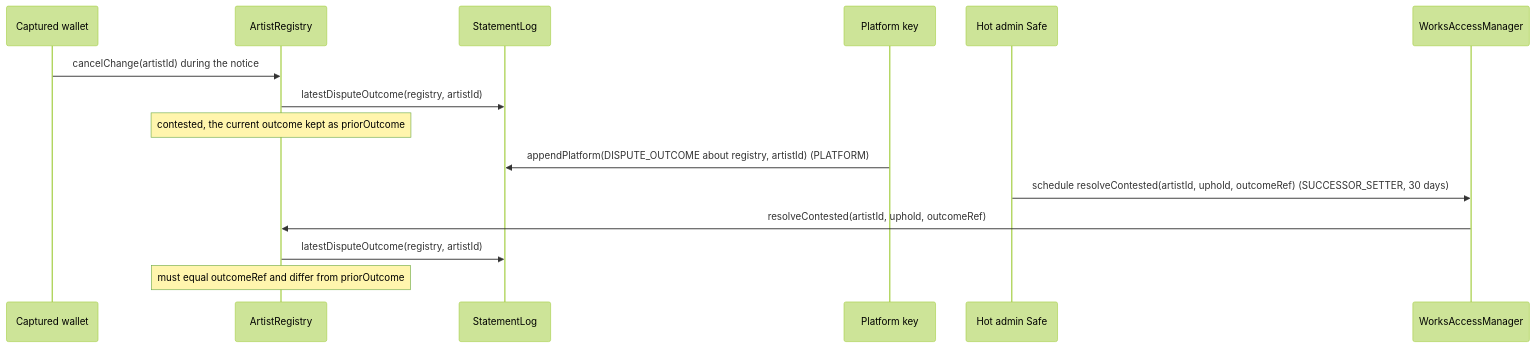
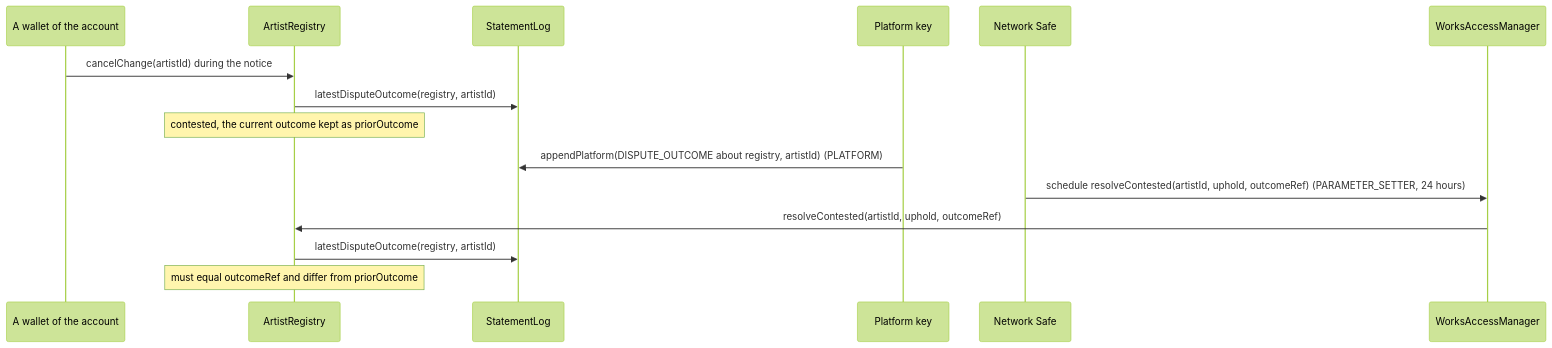
The ninth of 9 diagrams in docs/spec/disputes-and-statements.md (6529-Collections/6529-works), drawn with Mermaid (forest theme) before and after one commit. The commit also changed other lines of this file and 352 other files, not shown here.

````diff
--- a/docs/spec/disputes-and-statements.md
+++ b/docs/spec/disputes-and-statements.md
@@ -458,17 +448,17 @@
 ```mermaid
 sequenceDiagram
-    participant C as Captured wallet
+    participant C as A wallet of the account
     participant AR as ArtistRegistry
     participant L as StatementLog
     participant P as Platform key
-    participant S as Hot admin Safe
+    participant S as Network Safe
     participant M as WorksAccessManager
     C->>AR: cancelChange(artistId) during the notice
     AR->>L: latestDisputeOutcome(registry, artistId)
     Note over AR: contested, the current outcome kept as priorOutcome
     P->>L: appendPlatform(DISPUTE_OUTCOME about registry, artistId) (PLATFORM)
-    S->>M: schedule resolveContested(artistId, uphold, outcomeRef) (SUCCESSOR_SETTER, 30 days)
+    S->>M: schedule resolveContested(artistId, uphold, outcomeRef) (PARAMETER_SETTER, 24 hours)
     M->>AR: resolveContested(artistId, uphold, outcomeRef)
     AR->>L: latestDisputeOutcome(registry, artistId)
     Note over AR: must equal outcomeRef and differ from priorOutcome
 ```
````
